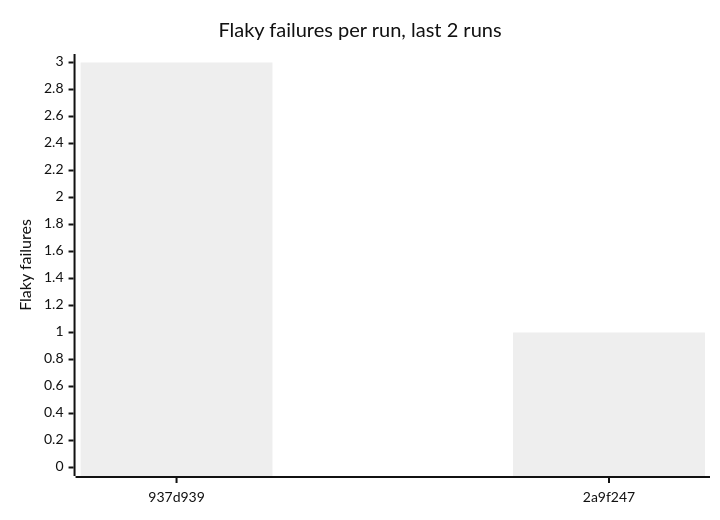
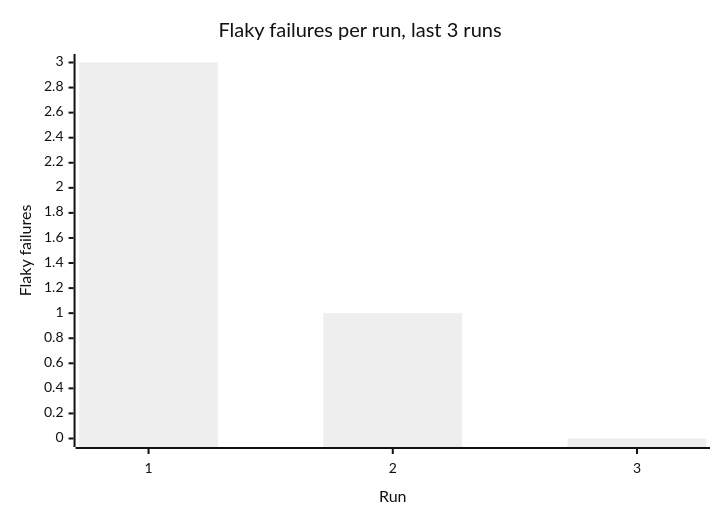
One commit to Shirojoufu/Flaky-Test-Lab changed the second of 3 diagrams in reports/summary.md. Above: the diagram before and after it, drawn with Mermaid (neutral theme). The commit also changed other lines of this file and 7 other files, not shown here.

````diff
--- a/reports/summary.md
+++ b/reports/summary.md
@@ -43,7 +42,7 @@
 ```mermaid
 xychart-beta
-    title "Flaky failures per run, last 2 runs"
-    x-axis ["937d939", "2a9f247"]
+    title "Flaky failures per run, last 3 runs"
+    x-axis "Run" [1, 2, 3]
     y-axis "Flaky failures" 0 --> 3
-    bar [3, 1]
+    bar [3, 1, 0]
 ```
````
